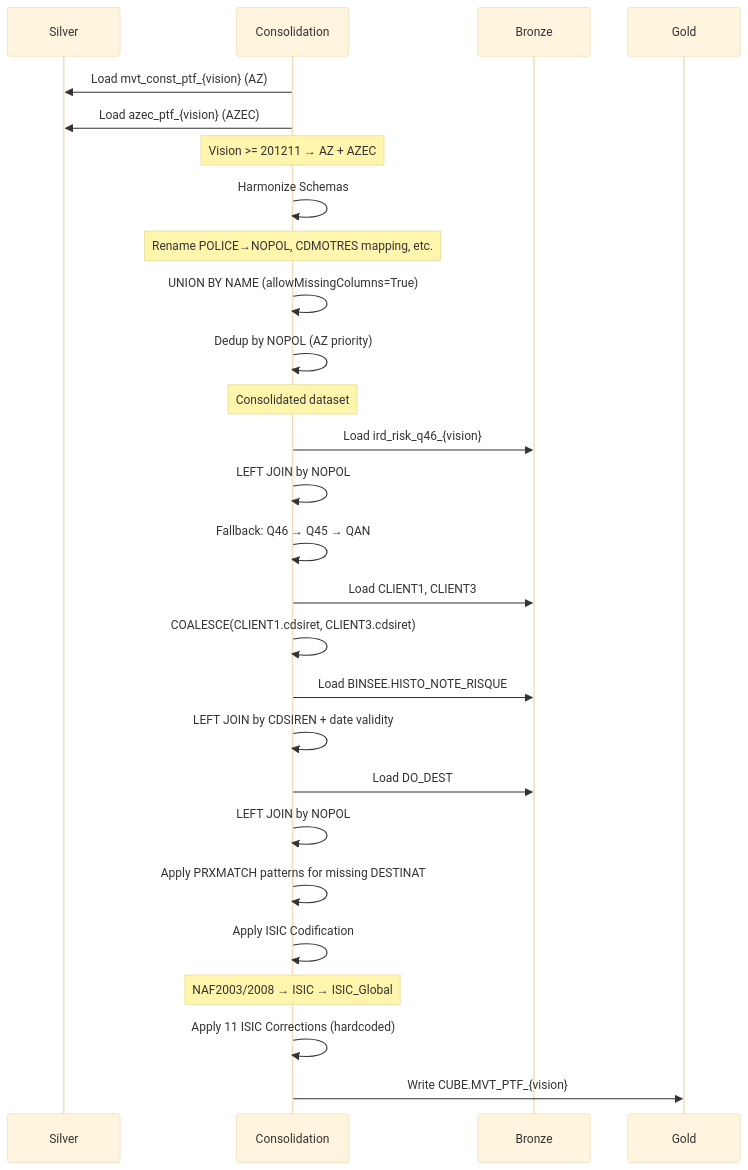
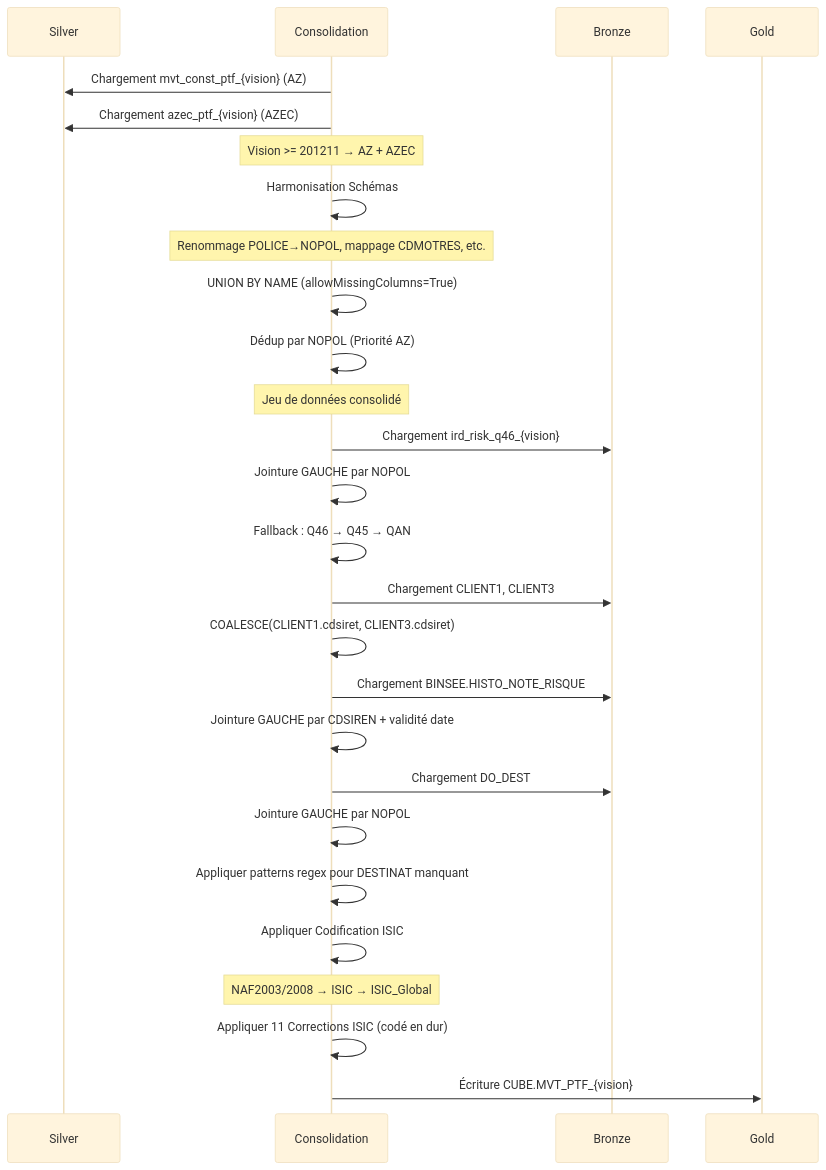
The third of 4 diagrams in code/new_python/docs/flux_donnees_pipelines.md (EngineerProjects/LocalIngest), drawn with Mermaid (base theme) before and after one commit. The commit also changed other lines of this file and 19 other files, not shown here.

````diff
--- a/code/new_python/docs/flux_donnees_pipelines.md
+++ b/code/new_python/docs/flux_donnees_pipelines.md
@@ -147,41 +147,41 @@
 ```mermaid
 sequenceDiagram
     participant S as Silver
     participant Cons as Consolidation
     participant B as Bronze
     participant G as Gold
     
-    Cons->>S: Load mvt_const_ptf_{vision} (AZ)
-    Cons->>S: Load azec_ptf_{vision} (AZEC)
+    Cons->>S: Chargement mvt_const_ptf_{vision} (AZ)
+    Cons->>S: Chargement azec_ptf_{vision} (AZEC)
     
     Note over Cons: Vision >= 201211 → AZ + AZEC
     
-    Cons->>Cons: Harmonize Schemas
-    Note over Cons: Rename POLICE→NOPOL, CDMOTRES mapping, etc.
+    Cons->>Cons: Harmonisation Schémas
+    Note over Cons: Renommage POLICE→NOPOL, mappage CDMOTRES, etc.
     
     Cons->>Cons: UNION BY NAME (allowMissingColumns=True)
-    Cons->>Cons: Dedup by NOPOL (AZ priority)
+    Cons->>Cons: Dédup par NOPOL (Priorité AZ)
     
-    Note over Cons: Consolidated dataset
+    Note over Cons: Jeu de données consolidé
     
-    Cons->>B: Load ird_risk_q46_{vision}
-    Cons->>Cons: LEFT JOIN by NOPOL
-    Cons->>Cons: Fallback: Q46 → Q45 → QAN
+    Cons->>B: Chargement ird_risk_q46_{vision}
+    Cons->>Cons: Jointure GAUCHE par NOPOL
+    Cons->>Cons: Fallback : Q46 → Q45 → QAN
     
-    Cons->>B: Load CLIENT1, CLIENT3
+    Cons->>B: Chargement CLIENT1, CLIENT3
     Cons->>Cons: COALESCE(CLIENT1.cdsiret, CLIENT3.cdsiret)
     
-    Cons->>B: Load BINSEE.HISTO_NOTE_RISQUE
-    Cons->>Cons: LEFT JOIN by CDSIREN + date validity
+    Cons->>B: Chargement BINSEE.HISTO_NOTE_RISQUE
+    Cons->>Cons: Jointure GAUCHE par CDSIREN + validité date
     
-    Cons->>B: Load DO_DEST
-    Cons->>Cons: LEFT JOIN by NOPOL
-    Cons->>Cons: Apply PRXMATCH patterns for missing DESTINAT
+    Cons->>B: Chargement DO_DEST
+    Cons->>Cons: Jointure GAUCHE par NOPOL
+    Cons->>Cons: Appliquer patterns regex pour DESTINAT manquant
     
-    Cons->>Cons: Apply ISIC Codification
+    Cons->>Cons: Appliquer Codification ISIC
     Note over Cons: NAF2003/2008 → ISIC → ISIC_Global
     
-    Cons->>Cons: Apply 11 ISIC Corrections (hardcoded)
+    Cons->>Cons: Appliquer 11 Corrections ISIC (codé en dur)
     
-    Cons->>G: Write CUBE.MVT_PTF_{vision}
+    Cons->>G: Écriture CUBE.MVT_PTF_{vision}
 ```
````
